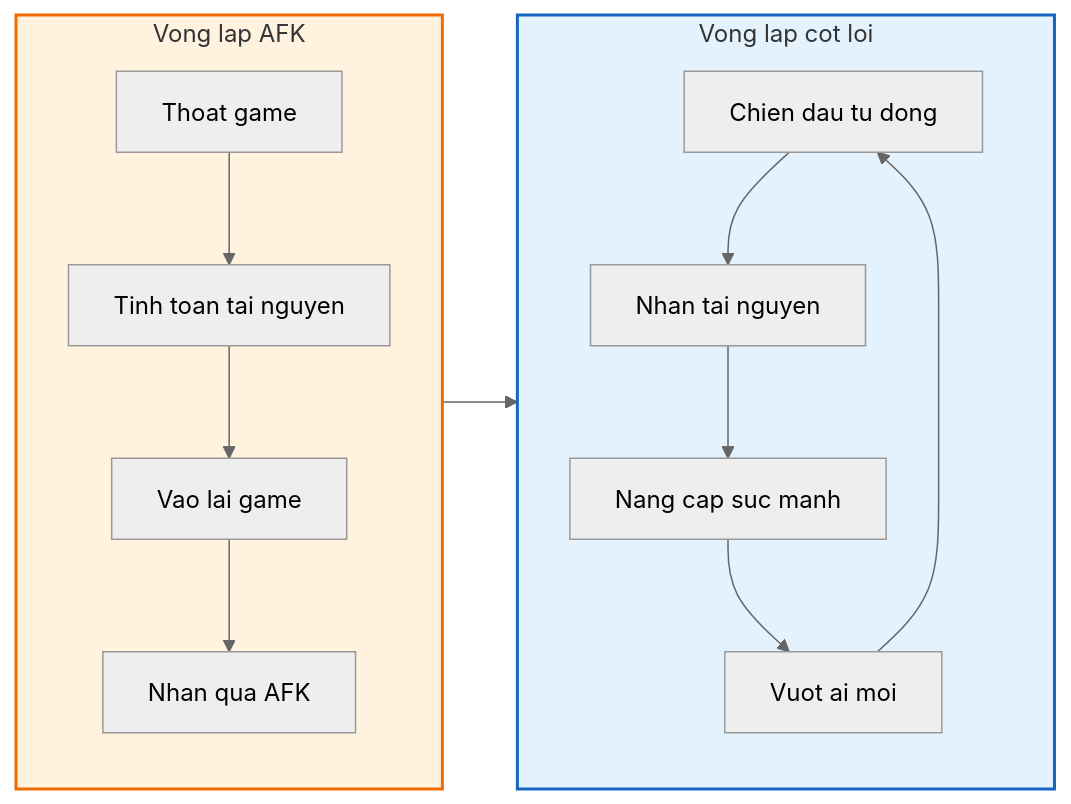
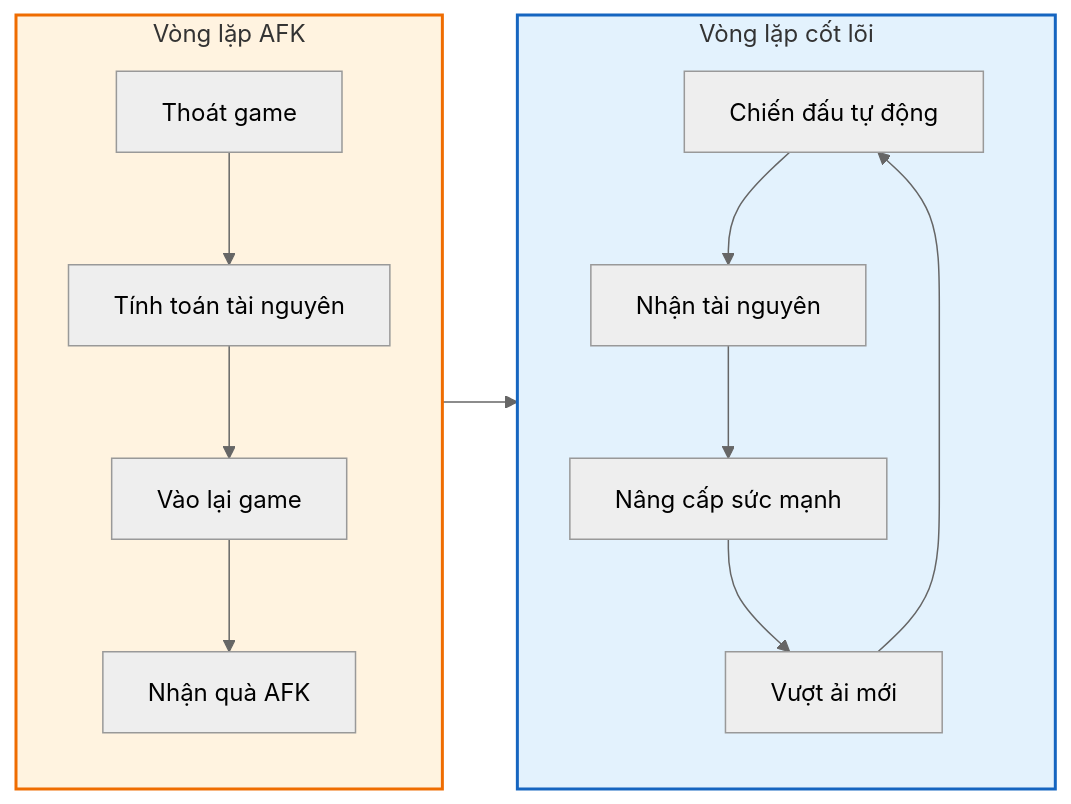
One commit to luantran-working/idlegame-designdocs changed the first of 4 diagrams in docs/ke-hoach-tong-the.md. Above: the diagram before and after it, drawn with Mermaid (neutral theme). The commit also changed other lines of this file and 16 other files, not shown here.

Commit message:
feat: Introduce extensive game design documentation covering game systems, UI, and roadmap, and enable Mermaid diagram support in Docusaurus.

````diff
--- a/docs/ke-hoach-tong-the.md
+++ b/docs/ke-hoach-tong-the.md
@@ -83,21 +83,21 @@
 ```mermaid
 flowchart LR
-    subgraph CoreLoop["Vong lap cot loi"]
+    subgraph CoreLoop["Vòng lặp cốt lõi"]
         direction TB
-        A["Chien dau tu dong"] --> B["Nhan tai nguyen"]
-        B --> C["Nang cap suc manh"]
-        C --> D["Vuot ai moi"]
+        A["Chiến đấu tự động"] --> B["Nhận tài nguyên"]
+        B --> C["Nâng cấp sức mạnh"]
+        C --> D["Vượt ải mới"]
         D --> A
     end
 
-    subgraph AFKLoop["Vong lap AFK"]
+    subgraph AFKLoop["Vòng lặp AFK"]
         direction TB
-        E["Thoat game"] --> F["Tinh toan tai nguyen"]
-        F --> G["Vao lai game"]
-        G --> H["Nhan qua AFK"]
+        E["Thoát game"] --> F["Tính toán tài nguyên"]
+        F --> G["Vào lại game"]
+        G --> H["Nhận quà AFK"]
         H --> C
     end
 
     style CoreLoop fill:#e3f2fd,stroke:#1565c0,stroke-width:2px
     style AFKLoop fill:#fff3e0,stroke:#ef6c00,stroke-width:2px
 ```
````
